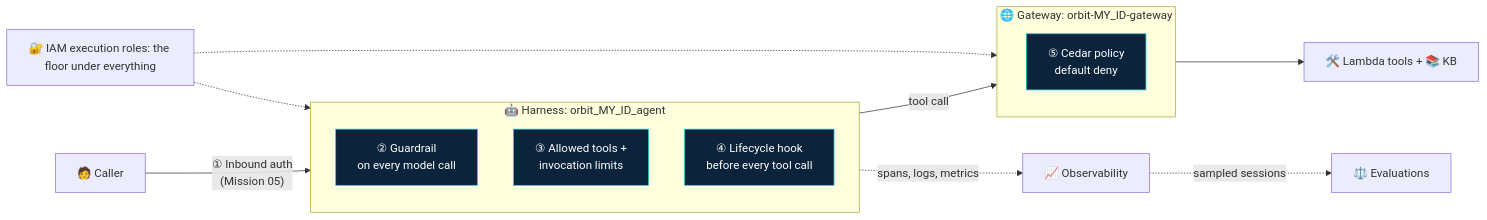
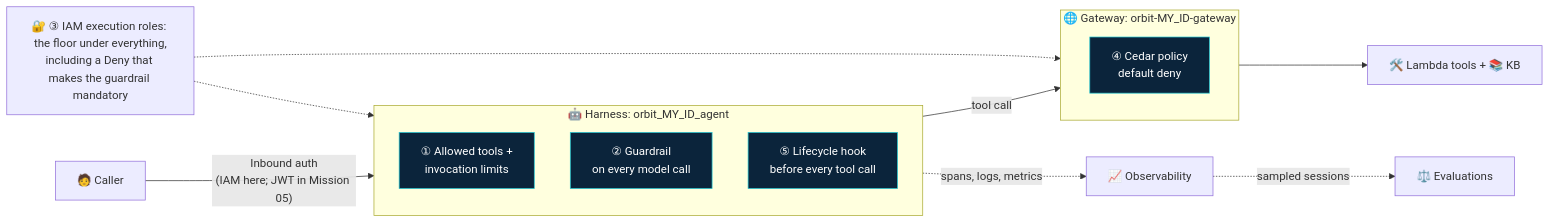
One commit to varoonsahgal/orbit-field-academy-student-labs changed the diagram in 06-ORBIT-Mission-Assurance.md. Above: the diagram before and after it, drawn with Mermaid. The commit also changed other lines of this file and 233 other files, not shown here.

````diff
--- a/06-ORBIT-Mission-Assurance.md
+++ b/06-ORBIT-Mission-Assurance.md
@@ -42,21 +42,21 @@
 ```mermaid
 flowchart LR
-    U["🧑 Caller"] -->|"① Inbound auth<br/>(Mission 05)"| H
+    U["🧑 Caller"] -->|"Inbound auth<br/>(IAM here; JWT in Mission 05)"| H
     subgraph H["🤖 Harness: orbit_MY_ID_agent"]
         direction TB
+        L["① Allowed tools +<br/>invocation limits"]
         G1["② Guardrail<br/>on every model call"]
-        L["③ Allowed tools +<br/>invocation limits"]
-        HK["④ Lifecycle hook<br/>before every tool call"]
+        HK["⑤ Lifecycle hook<br/>before every tool call"]
     end
     H -->|"tool call"| GW
     subgraph GW["🌐 Gateway: orbit-MY_ID-gateway"]
-        P["⑤ Cedar policy<br/>default deny"]
+        P["④ Cedar policy<br/>default deny"]
     end
     GW --> T["🛠️ Lambda tools + 📚 KB"]
-    IAM["🔐 IAM execution roles: the floor under everything"] -.-> H
+    IAM["🔐 ③ IAM execution roles: the floor under everything,<br/>including a Deny that makes the guardrail mandatory"] -.-> H
     IAM -.-> GW
     H -.->|"spans, logs, metrics"| O["📈 Observability"]
     O -.->|"sampled sessions"| E["⚖️ Evaluations"]
     classDef ctl fill:#0B243B,color:#fff,stroke:#24CAD5
     class G1,L,HK,P ctl
 ```
````
